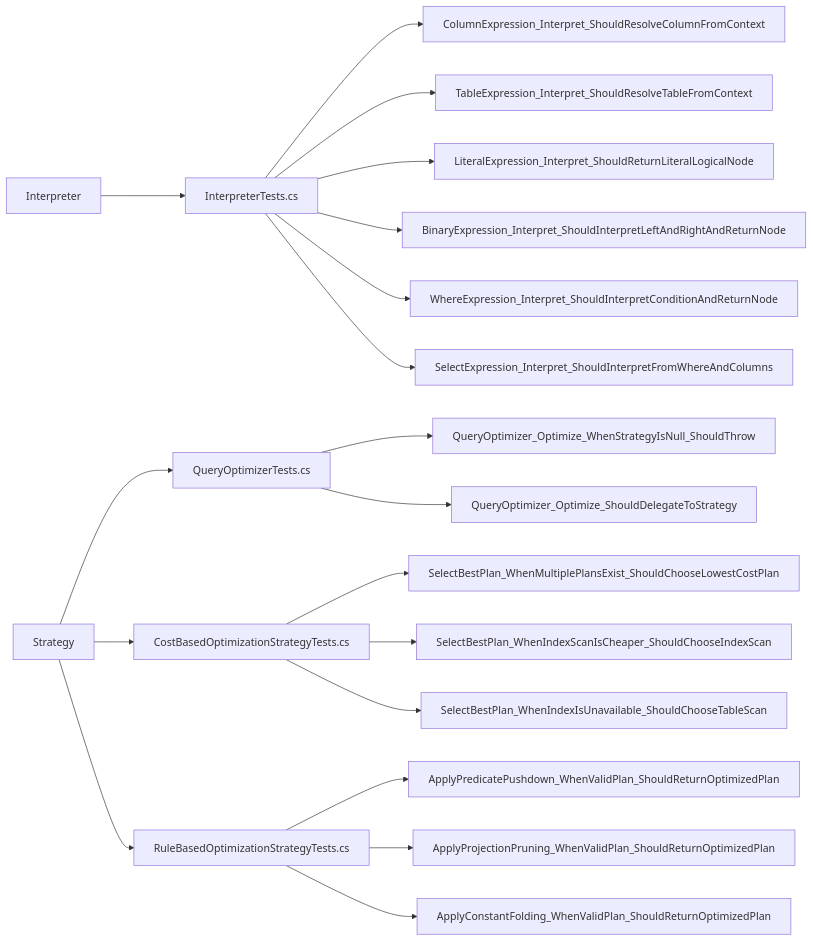
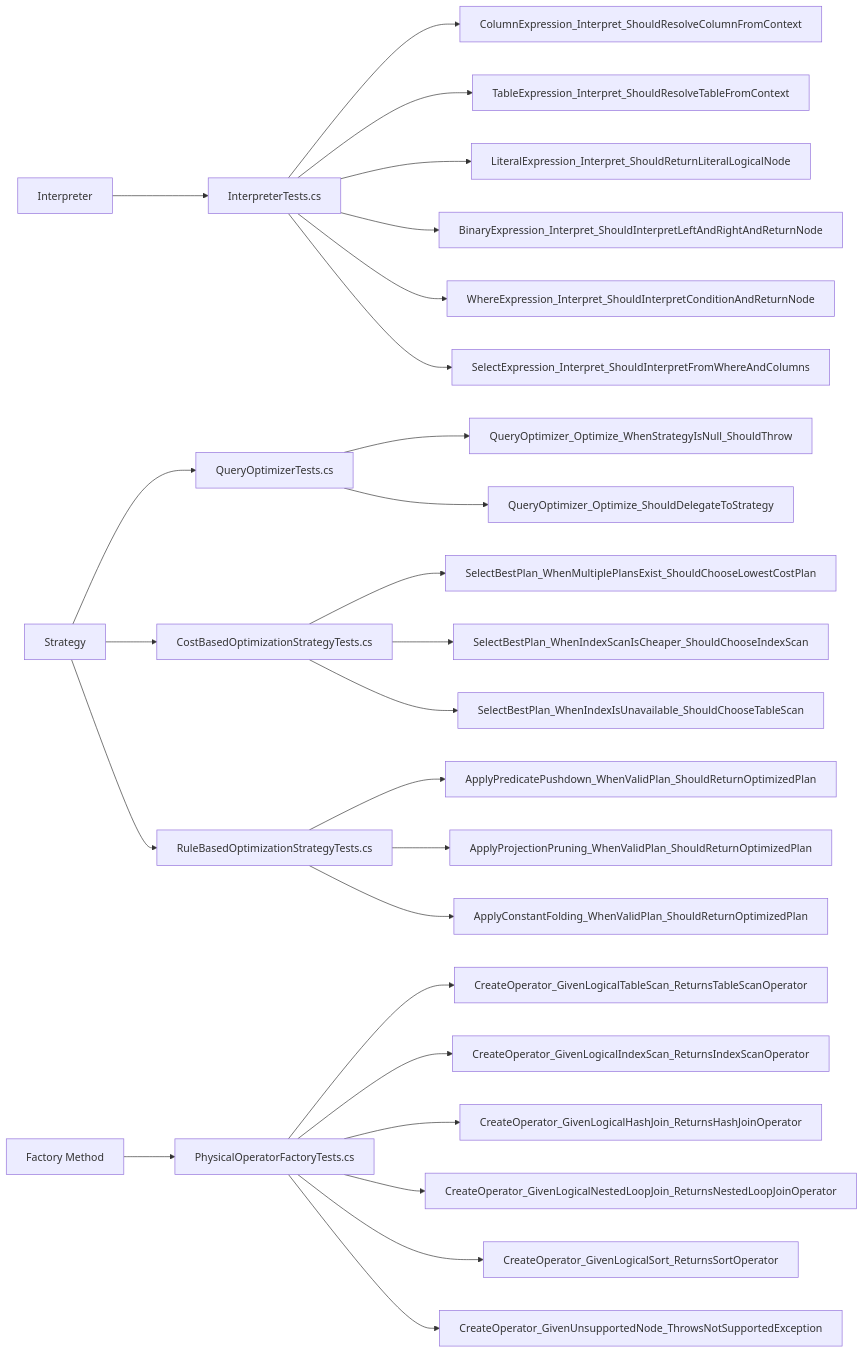
Before and after one commit to manaxpow/DBMS: the fourth of 4 diagrams in docs/design-patterns/README.md, drawn with Mermaid. The commit also changed 18 other files, not shown here.

Commit message:
Implement Factory Method for Physical Operator Creation

````diff
--- a/docs/design-patterns/README.md
+++ b/docs/design-patterns/README.md
@@ -459,36 +459,49 @@
 ```mermaid
 flowchart LR
 
     %% =========================================================
     %% Interpreter Files & Methods
     %% =========================================================
     Interpreter["Interpreter"]
     
     Interpreter --> Int_IT["InterpreterTests.cs"]
     Int_IT --> Int_IT_1["ColumnExpression_Interpret_ShouldResolveColumnFromContext"]
     Int_IT --> Int_IT_2["TableExpression_Interpret_ShouldResolveTableFromContext"]
     Int_IT --> Int_IT_3["LiteralExpression_Interpret_ShouldReturnLiteralLogicalNode"]
     Int_IT --> Int_IT_4["BinaryExpression_Interpret_ShouldInterpretLeftAndRightAndReturnNode"]
     Int_IT --> Int_IT_5["WhereExpression_Interpret_ShouldInterpretConditionAndReturnNode"]
     Int_IT --> Int_IT_6["SelectExpression_Interpret_ShouldInterpretFromWhereAndColumns"]
 
     %% =========================================================
     %% Strategy Files & Methods
     %% =========================================================
     Strategy["Strategy"]
     
     Strategy --> Str_QO["QueryOptimizerTests.cs"]
     Str_QO --> Str_QO_1["QueryOptimizer_Optimize_WhenStrategyIsNull_ShouldThrow"]
     Str_QO --> Str_QO_2["QueryOptimizer_Optimize_ShouldDelegateToStrategy"]
 
     Strategy --> Str_CB["CostBasedOptimizationStrategyTests.cs"]
     Str_CB --> Str_CB_1["SelectBestPlan_WhenMultiplePlansExist_ShouldChooseLowestCostPlan"]
     Str_CB --> Str_CB_2["SelectBestPlan_WhenIndexScanIsCheaper_ShouldChooseIndexScan"]
     Str_CB --> Str_CB_3["SelectBestPlan_WhenIndexIsUnavailable_ShouldChooseTableScan"]
 
     Strategy --> Str_RB["RuleBasedOptimizationStrategyTests.cs"]
     Str_RB --> Str_RB_1["ApplyPredicatePushdown_WhenValidPlan_ShouldReturnOptimizedPlan"]
     Str_RB --> Str_RB_2["ApplyProjectionPruning_WhenValidPlan_ShouldReturnOptimizedPlan"]
     Str_RB --> Str_RB_3["ApplyConstantFolding_WhenValidPlan_ShouldReturnOptimizedPlan"]
 
+    %% =========================================================
+    %% Factory Method Files & Methods
+    %% =========================================================
+    FactoryMethod["Factory Method"]
+    
+    FactoryMethod --> FM_POFT["PhysicalOperatorFactoryTests.cs"]
+    FM_POFT --> FM_POFT_1["CreateOperator_GivenLogicalTableScan_ReturnsTableScanOperator"]
+    FM_POFT --> FM_POFT_2["CreateOperator_GivenLogicalIndexScan_ReturnsIndexScanOperator"]
+    FM_POFT --> FM_POFT_3["CreateOperator_GivenLogicalHashJoin_ReturnsHashJoinOperator"]
+    FM_POFT --> FM_POFT_4["CreateOperator_GivenLogicalNestedLoopJoin_ReturnsNestedLoopJoinOperator"]
+    FM_POFT --> FM_POFT_5["CreateOperator_GivenLogicalSort_ReturnsSortOperator"]
+    FM_POFT --> FM_POFT_6["CreateOperator_GivenUnsupportedNode_ThrowsNotSupportedException"]
+
 ```
````
